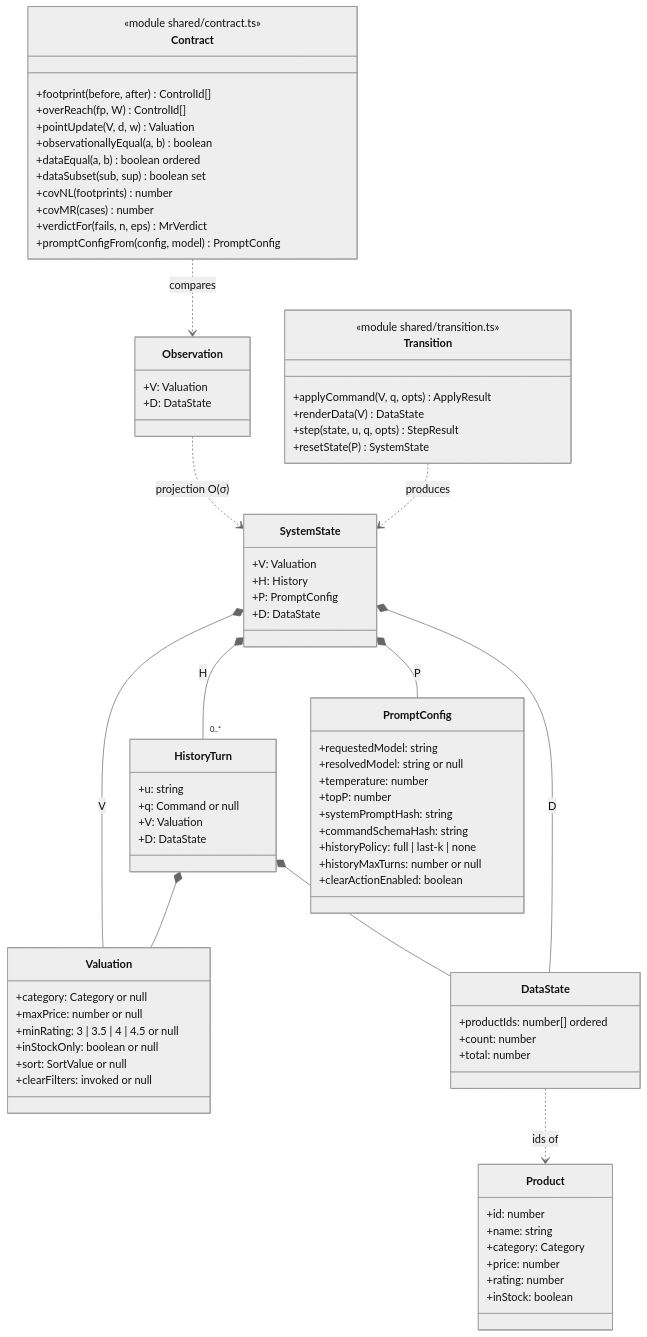
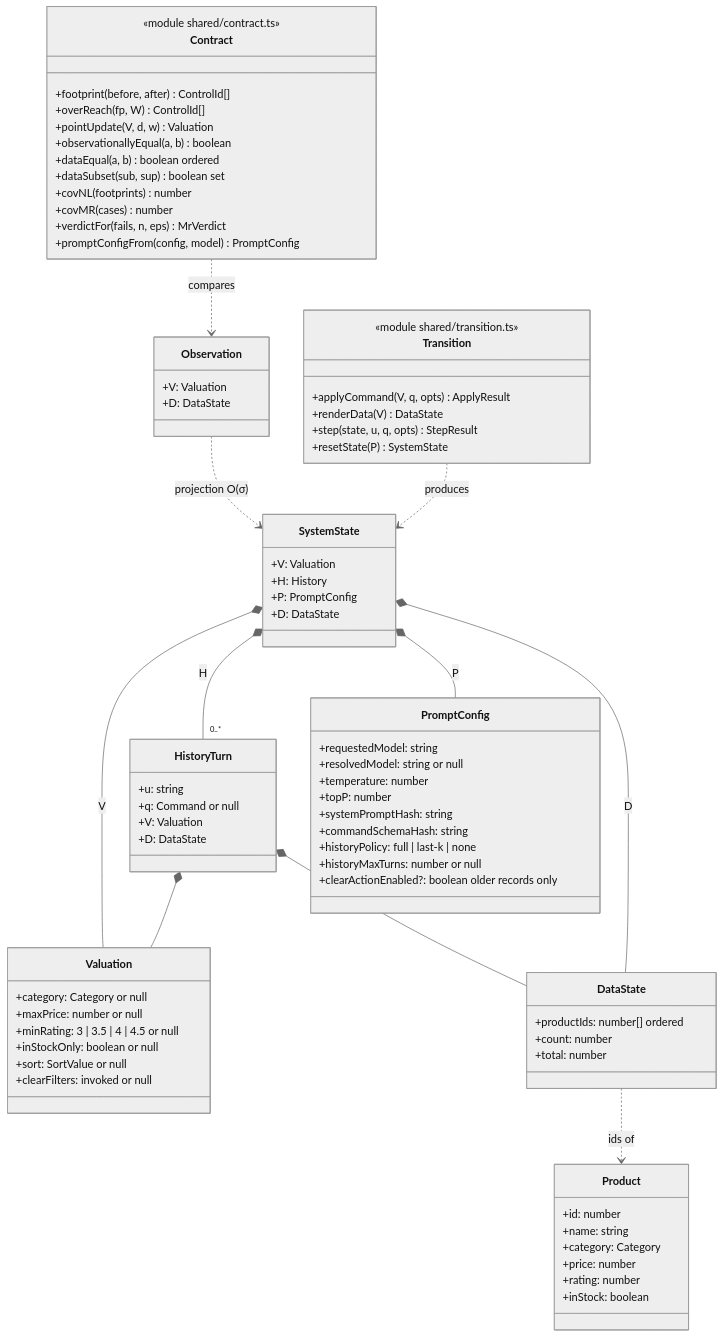
One commit to ninadpchaudhari/LNGUI---Ecommerce changed the third of 16 diagrams in docs/uml.md. Above: the diagram before and after it, drawn with Mermaid (neutral theme). The commit also changed other lines of this file and 36 other files, not shown here.

````diff
--- a/docs/uml.md
+++ b/docs/uml.md
@@ -135,82 +135,82 @@
 ```mermaid
 classDiagram
   class SystemState {
     +V: Valuation
     +H: History
     +P: PromptConfig
     +D: DataState
   }
   class Observation {
     +V: Valuation
     +D: DataState
   }
   class Valuation {
     +category: Category or null
     +maxPrice: number or null
     +minRating: 3 | 3.5 | 4 | 4.5 or null
     +inStockOnly: boolean or null
     +sort: SortValue or null
     +clearFilters: invoked or null
   }
   class DataState {
     +productIds: number[]  ordered
     +count: number
     +total: number
   }
   class HistoryTurn {
     +u: string
     +q: Command or null
     +V: Valuation
     +D: DataState
   }
   class PromptConfig {
     +requestedModel: string
     +resolvedModel: string or null
     +temperature: number
     +topP: number
     +systemPromptHash: string
     +commandSchemaHash: string
     +historyPolicy: full | last-k | none
     +historyMaxTurns: number or null
-    +clearActionEnabled: boolean
+    +clearActionEnabled?: boolean  older records only
   }
   class Product {
     +id: number
     +name: string
     +category: Category
     +price: number
     +rating: number
     +inStock: boolean
   }
   class Transition {
     <<module shared/transition.ts>>
     +applyCommand(V, q, opts) ApplyResult
     +renderData(V) DataState
     +step(state, u, q, opts) StepResult
     +resetState(P) SystemState
   }
   class Contract {
     <<module shared/contract.ts>>
     +footprint(before, after) ControlId[]
     +overReach(fp, W) ControlId[]
     +pointUpdate(V, d, w) Valuation
     +observationallyEqual(a, b) boolean
     +dataEqual(a, b) boolean  ordered
     +dataSubset(sub, sup) boolean  set
     +covNL(footprints) number
     +covMR(cases) number
     +verdictFor(fails, n, eps) MrVerdict
     +promptConfigFrom(config, model) PromptConfig
   }
 
   SystemState *-- Valuation : V
   SystemState *-- "0..*" HistoryTurn : H
   SystemState *-- PromptConfig : P
   SystemState *-- DataState : D
   Observation ..> SystemState : projection O(σ)
   HistoryTurn *-- Valuation
   HistoryTurn *-- DataState
   DataState ..> Product : ids of
   Transition ..> SystemState : produces
   Contract ..> Observation : compares
 ```
````
